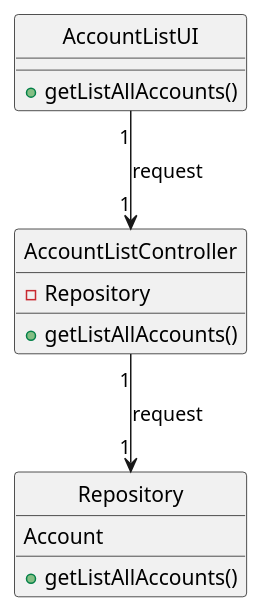
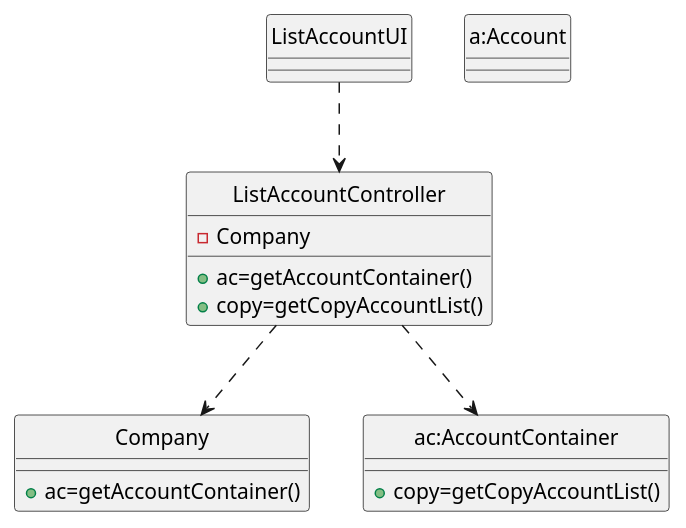
One commit to Loracline/project_switch_22-23 changed the diagram in docs/modelling_design/user_stories/us004/US004_Class_Diagram.puml. Above: the diagram before and after it, drawn with PlantUML. The commit also changed 1 other file, not shown here.

Commit message:
US004 class diagram and sequence diagram update;

```diff
--- a/docs/modelling_design/user_stories/us004/US004_Class_Diagram.puml
+++ b/docs/modelling_design/user_stories/us004/US004_Class_Diagram.puml
@@ -1,21 +1,28 @@
 @startuml
 
-class "AccountListUI"{
-+getListAllAccounts()
+class "ListAccountUI"{
 }
-class "AccountListController" {
--Repository
-+getListAllAccounts()
+class "ListAccountController" {
+-Company
++ac=getAccountContainer()
++copy=getCopyAccountList()
 }
-class "Repository"{
-Account
-+getListAllAccounts()
+class "Company"{
++ac=getAccountContainer()
+
 }
+class "ac:AccountContainer"{
++copy=getCopyAccountList()
+}
+class "a:Account"{}
+hide "ListAccountUI" circle
+hide "ListAccountController" circle
+hide "Company" circle
+hide "ac:AccountContainer" circle
+hide "a:Account" circle
 
-"AccountListUI" "1" --> "1" "AccountListController":request
-"AccountListController" "1" --> "1" "Repository":request
-hide "AccountListUI" circle
-hide "AccountListController" circle
-hide "Repository" circle
+"ListAccountUI" ..> "ListAccountController"
+"ListAccountController" ..> "Company"
+"ListAccountController" ..> "ac:AccountContainer"
 
 @enduml
```
